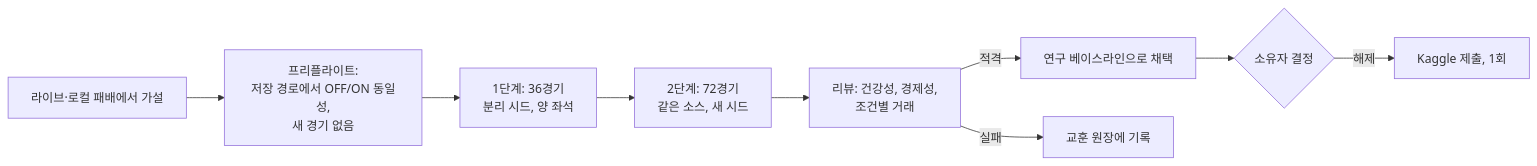
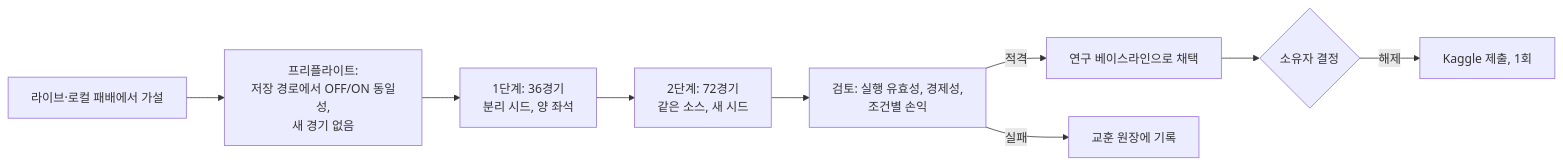
One commit to TaeyanG4/kaggriculture-strategy-meta changed the third of 3 diagrams in README.ko.md. Above: the diagram before and after it, drawn with Mermaid. The commit also changed other lines of this file and 2 other files, not shown here.

````diff
--- a/README.ko.md
+++ b/README.ko.md
@@ -183,11 +186,11 @@
 ```mermaid
 flowchart LR
     H[라이브·로컬 패배에서 가설] --> P[프리플라이트:<br/>저장 경로에서 OFF/ON 동일성,<br/>새 경기 없음]
     P --> S1[1단계: 36경기<br/>분리 시드, 양 좌석]
     S1 --> S2[2단계: 72경기<br/>같은 소스, 새 시드]
-    S2 --> R[리뷰: 건강성, 경제성,<br/>조건별 거래]
+    S2 --> R[검토: 실행 유효성, 경제성,<br/>조건별 손익]
     R -- 적격 --> AD[연구 베이스라인으로 채택]
     R -- 실패 --> L[교훈 원장에 기록]
     AD --> OW{소유자 결정}
     OW -- 해제 --> K[Kaggle 제출, 1회]
 ```
````
